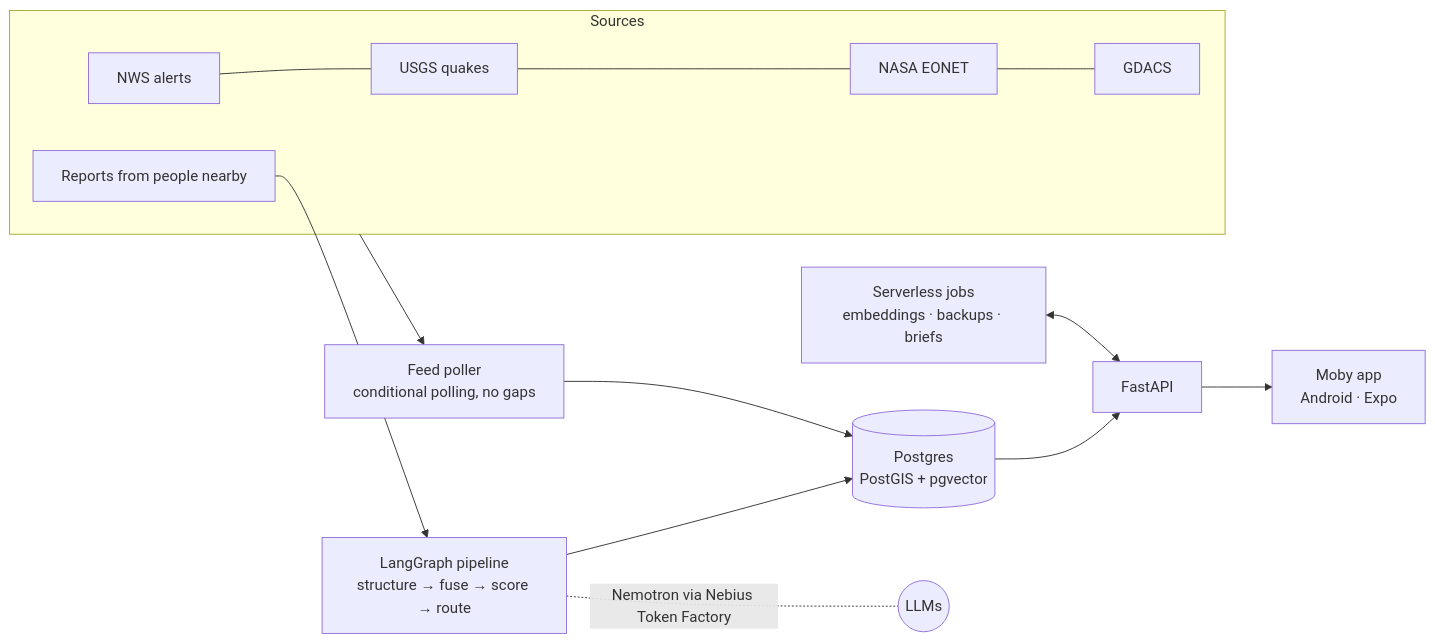
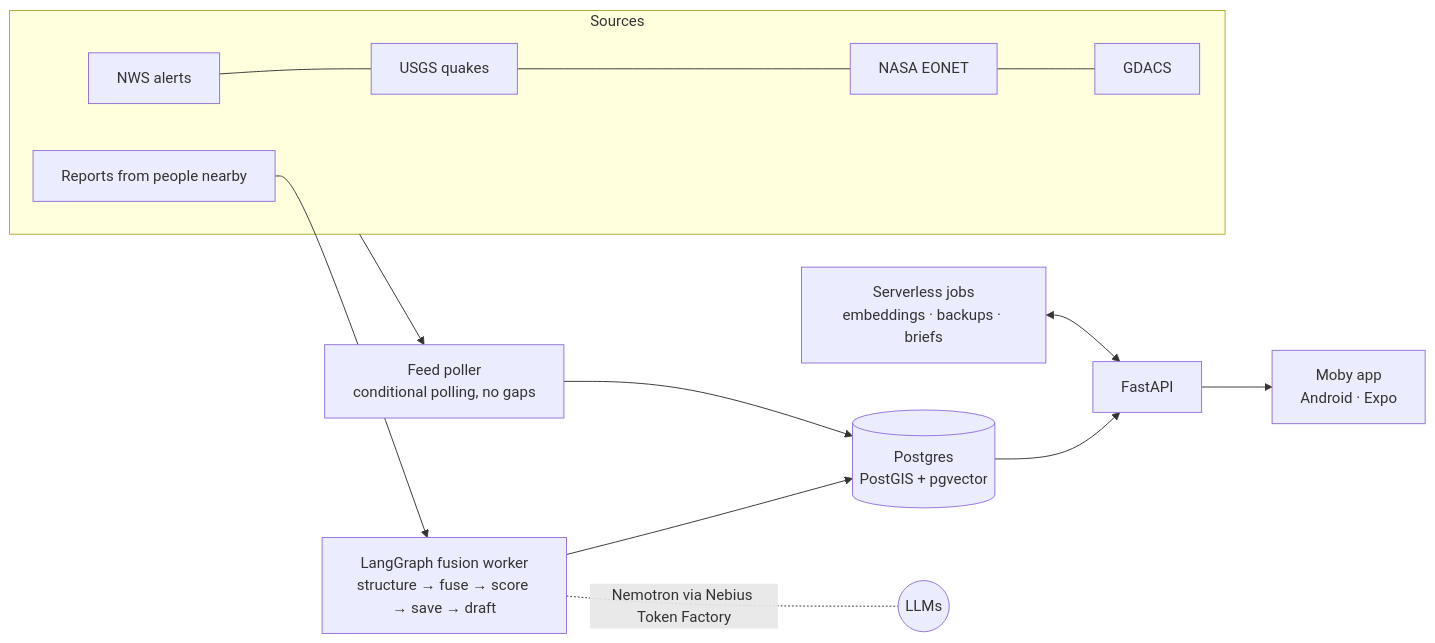
One commit to Xlient/Moby changed the diagram in README.md. Above: the diagram before and after it, drawn with Mermaid. The commit also changed other lines of this file and 5 other files, not shown here.

First line of the commit message:
Run the fusion worker: endpoint start.sh loop, docker compose service, docs

````diff
--- a/README.md
+++ b/README.md
@@ -54,15 +54,15 @@
 ```mermaid
 flowchart LR
   subgraph Sources
     NWS[NWS alerts] --- USGS[USGS quakes] --- EONET[NASA EONET] --- GDACS[GDACS]
     People[Reports from people nearby]
   end
   Sources --> Poller[Feed poller<br/>conditional polling, no gaps]
   Poller --> DB[(Postgres<br/>PostGIS + pgvector)]
-  People --> Graph[LangGraph pipeline<br/>structure → fuse → score → route]
+  People --> Graph[LangGraph fusion worker<br/>structure → fuse → score → save → draft]
   Graph --> DB
   DB --> API[FastAPI]
   API --> App[Moby app<br/>Android · Expo]
   Jobs[Serverless jobs<br/>embeddings · backups · briefs] <--> API
   Graph -. Nemotron via Nebius Token Factory .- LLM((LLMs))
 ```
````
